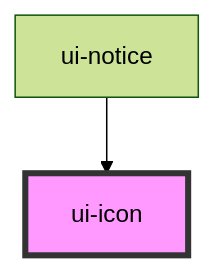
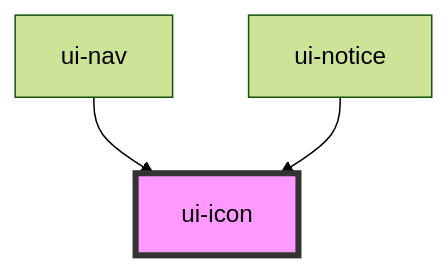
The diagram in packages/ui-oyl/src/components/ui-icon/readme.md (hynding/oyl), drawn with Mermaid (forest theme) before and after one commit. The commit also changed other lines of this file and 6 other files, not shown here.

````diff
--- a/packages/ui-oyl/src/components/ui-icon/readme.md
+++ b/packages/ui-oyl/src/components/ui-icon/readme.md
@@ -28,5 +29,6 @@
 ```mermaid
 graph TD;
+  ui-nav --> ui-icon
   ui-notice --> ui-icon
   style ui-icon fill:#f9f,stroke:#333,stroke-width:4px
 ```
````
